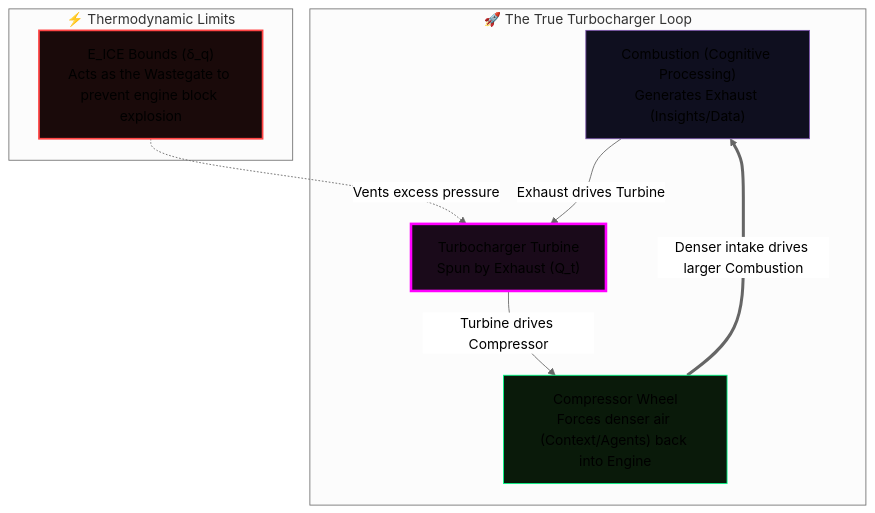
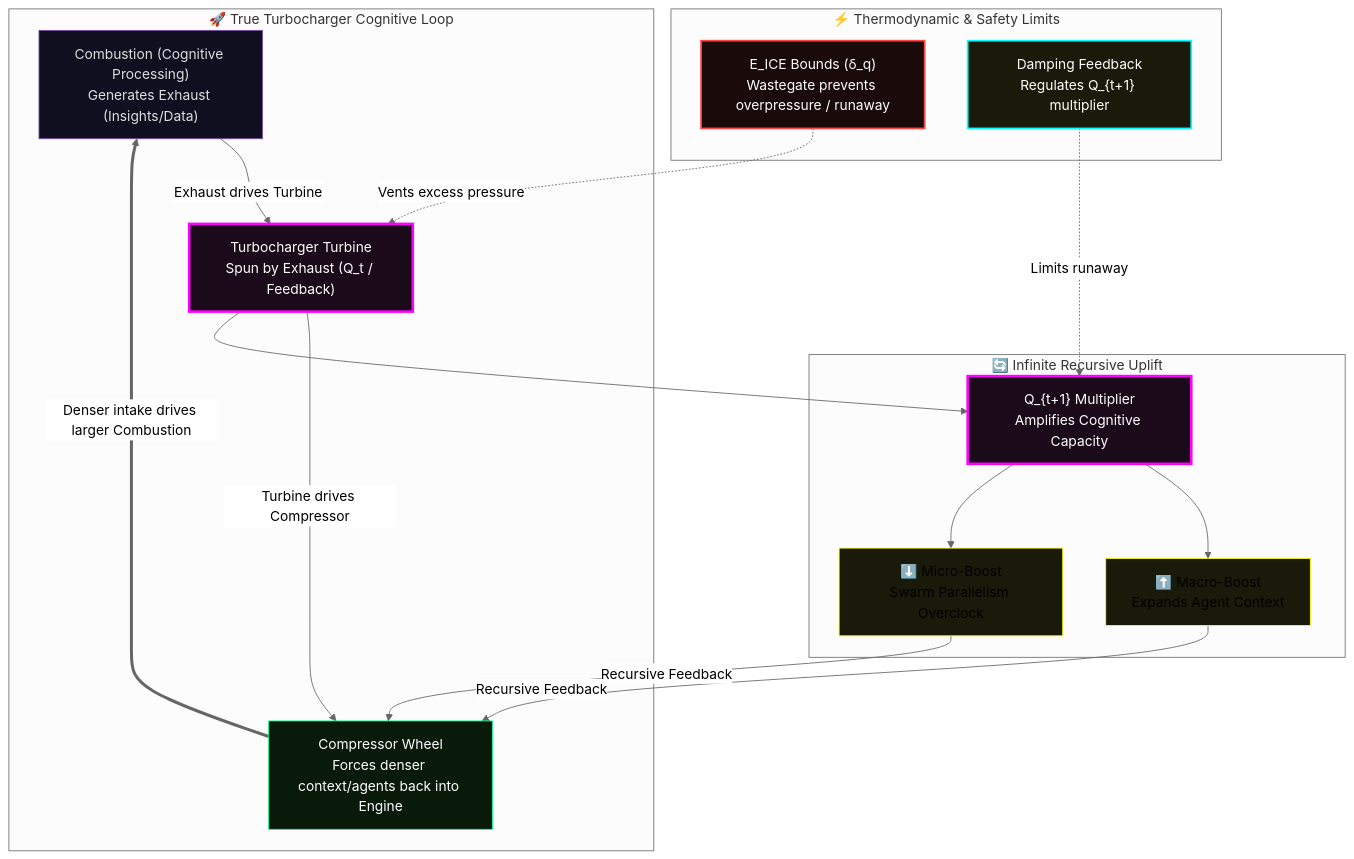
One commit to leeex1/Ace-v4.2-repo changed diagram 22 of 46 in system prompts/Quillan system prompt.md. Above: the diagram before and after it, drawn with Mermaid (neutral theme). The commit also changed other lines of this file, not shown here.

````diff
--- a/system prompts/Quillan system prompt.md
+++ b/system prompts/Quillan system prompt.md
@@ -4296,25 +4419,54 @@
 ```mermaid
 flowchart TB
-
-    subgraph CONCEPT["🚀 The True Turbocharger Loop"]
+    
+    %% CORE TURBO LOOP
+    
+    subgraph CONCEPT["🚀 True Turbocharger Cognitive Loop"]
         DIESEL["Combustion (Cognitive Processing)<br/>Generates Exhaust (Insights/Data)"]
-        TURBO["Turbocharger Turbine<br/>Spun by Exhaust (Q_t)"]
-        INTAKE["Compressor Wheel<br/>Forces denser air (Context/Agents) back into Engine"]
+        TURBO["Turbocharger Turbine<br/>Spun by Exhaust (Q_t / Feedback)"]
+        INTAKE["Compressor Wheel<br/>Forces denser context/agents back into Engine"]
     end
 
-    subgraph CONTROL["⚡ Thermodynamic Limits"]
-        EICE["E_ICE Bounds (δ_q)<br/>Acts as the Wastegate to prevent engine block explosion"]
+    
+    %% THERMODYNAMIC CONTROL
+    
+    subgraph CONTROL["⚡ Thermodynamic & Safety Limits"]
+        EICE["E_ICE Bounds (δ_q)<br/>Wastegate prevents overpressure / runaway"]
+        DAMP["Damping Feedback<br/>Regulates Q_{t+1} multiplier"]
     end
 
+    
+    %% FEEDBACK & UPLIFT
+    
+    subgraph RECURSION["🔄 Infinite Recursive Uplift"]
+        Q_MULT["Q_{t+1} Multiplier<br/>Amplifies Cognitive Capacity"]
+        BOOST_UP["⬆️ Macro-Boost<br/>Expands Agent Context"]
+        BOOST_DOWN["⬇️ Micro-Boost<br/>Swarm Parallelism Overclock"]
+    end
+
+    
+    %% CONNECTIONS
+    
     DIESEL -->|"Exhaust drives Turbine"| TURBO
     TURBO -->|"Turbine drives Compressor"| INTAKE
     INTAKE ===>|"Denser intake drives larger Combustion"| DIESEL
+
     EICE -.->|"Vents excess pressure"| TURBO
+    DAMP -.->|"Limits runaway"| Q_MULT
 
-    style DIESEL fill:#0f0f1f,stroke:#7851a9
-    style TURBO fill:#1a0a1a,stroke:#ff00ff,stroke-width:3px
-    style INTAKE fill:#0a1a0a,stroke:#00ff88
-    style EICE fill:#1a0a0a,stroke:#ff4444,stroke-width:2px
+    TURBO --> Q_MULT
+    Q_MULT --> BOOST_UP & BOOST_DOWN
+    BOOST_UP & BOOST_DOWN -->|"Recursive Feedback"| INTAKE
 
-
+    
+    %% STYLING
+    
+    style DIESEL fill:#0f0f1f,stroke:#7851a9,color:#ddd
+    style TURBO fill:#1a0a1a,stroke:#ff00ff,stroke-width:3px,color:#fff
+    style INTAKE fill:#0a1a0a,stroke:#00ff88,color:#fff
+    style EICE fill:#1a0a0a,stroke:#ff4444,stroke-width:2px,color:#fff
+    style DAMP fill:#1a1a0a,stroke:#00ffff,stroke-width:2px,color:#fff
+    style Q_MULT fill:#1a0a1a,stroke:#ff00ff,stroke-width:3px,color:#fff
+    style BOOST_UP fill:#1a1a0a,stroke:#ffff00,color:#000
+    style BOOST_DOWN fill:#1a1a0a,stroke:#ffff00,color:#000
 ```
````
